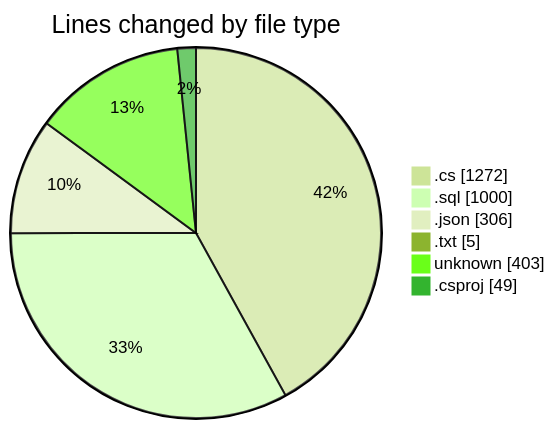
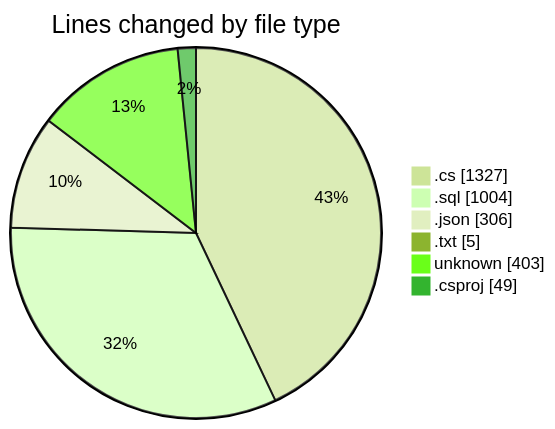
The first of 2 diagrams in 2025-04-04/back-end/README.md (Netris89/code-tracking), drawn with Mermaid (forest theme) before and after one commit. The commit also changed other lines of this file and 1 other file, not shown here.

````diff
--- a/2025-04-04/back-end/README.md
+++ b/2025-04-04/back-end/README.md
@@ -32,10 +33,10 @@
 ```mermaid
 pie showData
 title Lines changed by file type
-".cs" : 1272
-".sql" : 1000
+".cs" : 1327
+".sql" : 1004
 ".json" : 306
 ".txt" : 5
 "unknown" : 403
 ".csproj" : 49
 ```
````
